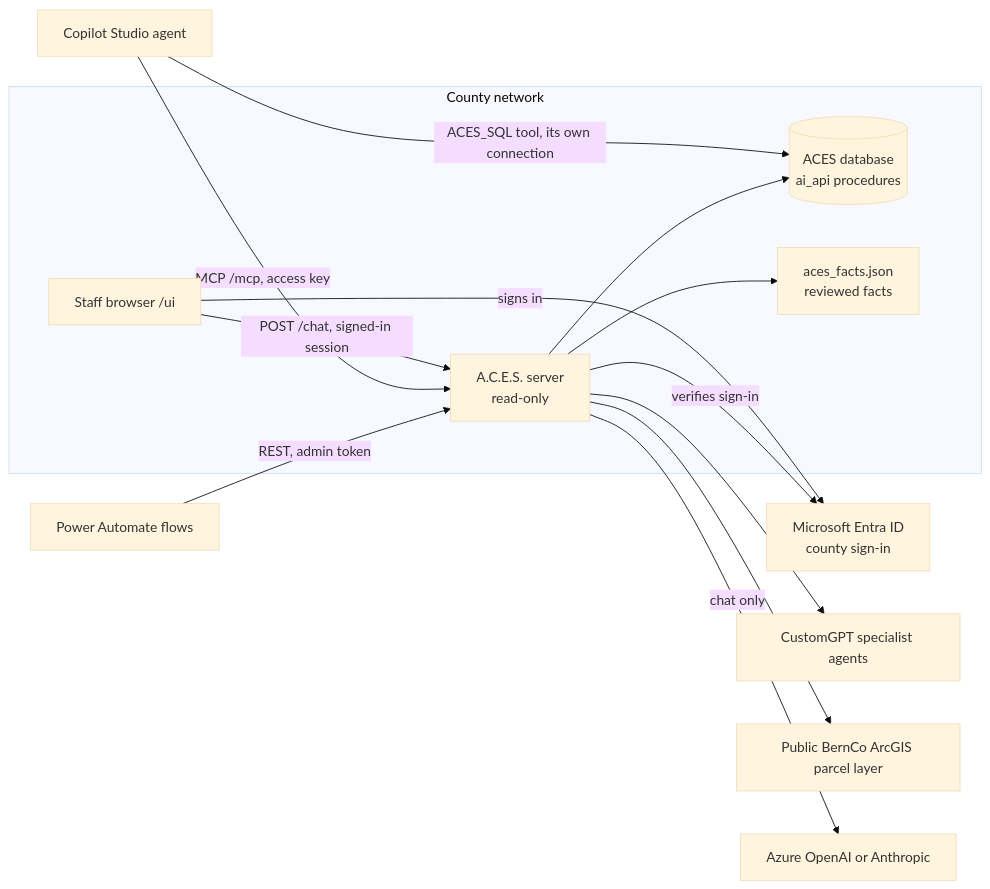
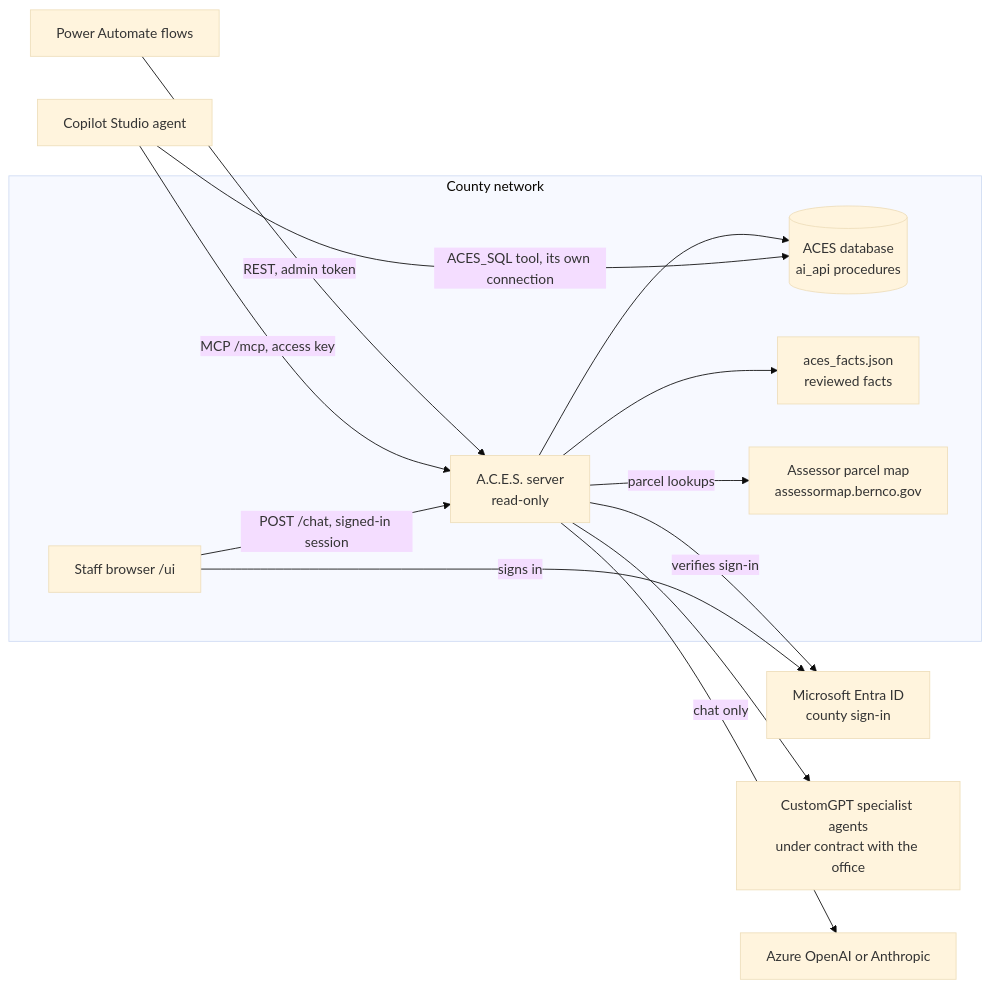
One commit to TheCraftySlayer/aces-mcp-server changed the diagram in README.md. Above: the diagram before and after it, drawn with Mermaid (base theme). The commit also changed other lines of this file, not shown here.

First line of the commit message:
README: the parcel map is the Assessor's own server; CustomGPT is under contract

````diff
--- a/README.md
+++ b/README.md
@@ -18,27 +18,27 @@
 ```mermaid
 flowchart LR
     subgraph county["County network"]
         staff["Staff browser /ui"]
         server["A.C.E.S. server<br/>read-only"]
         sql[("ACES database<br/>ai_api procedures")]
         facts["aces_facts.json<br/>reviewed facts"]
+        arcgis["Assessor parcel map<br/>assessormap.bernco.gov"]
     end
     entra["Microsoft Entra ID<br/>county sign-in"]
     copilot["Copilot Studio agent"]
     pa["Power Automate flows"]
-    customgpt["CustomGPT specialist agents"]
-    arcgis["Public BernCo ArcGIS parcel layer"]
+    customgpt["CustomGPT specialist agents<br/>under contract with the office"]
     model["Azure OpenAI or Anthropic"]
 
     staff -->|signs in| entra
     staff -->|POST /chat, signed-in session| server
     copilot -->|MCP /mcp, access key| server
     pa -->|REST, admin token| server
     copilot -->|ACES_SQL tool, its own connection| sql
     server -->|verifies sign-in| entra
     server --> sql
     server --> facts
     server --> customgpt
-    server --> arcgis
+    server -->|parcel lookups| arcgis
     server -->|chat only| model
 ```
````
